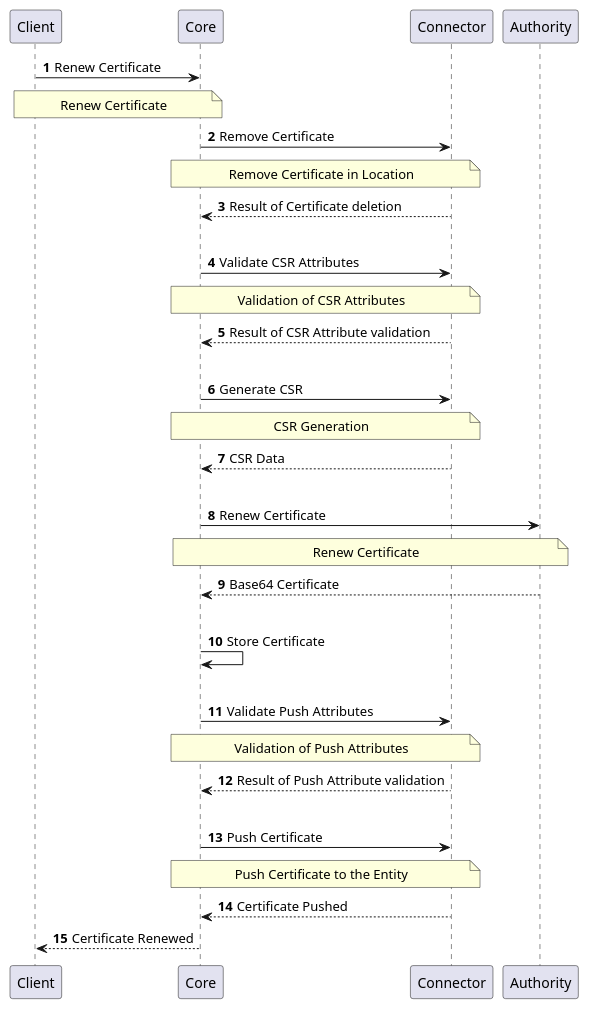
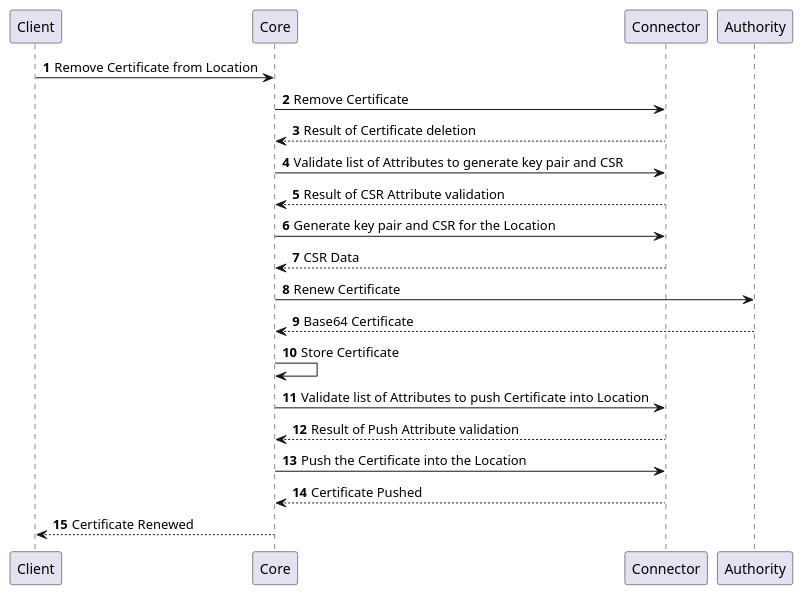
One commit to CZERTAINLY/CZERTAINLY-Documentation changed diagram 11 of 13 in docs/12-connectors/05-description/32-entity-provider.md. Above: the diagram before and after it, drawn with PlantUML. The commit also changed other lines of this file and 8 other files, not shown here.

First line of the commit message:
Update description of plantuml diagrams on the providers

````diff
--- a/docs/12-connectors/05-description/32-entity-provider.md
+++ b/docs/12-connectors/05-description/32-entity-provider.md
@@ -257,34 +199,21 @@
 ```plantuml
     @startuml
     autonumber
     skinparam topurl https://docs.czertainly.com/api/
-        Client -> Core [[core-location/#tag/Location-Management-API/operation/renewCertificateInLocation]]: Renew Certificate
-        note over Client,Core: Renew Certificate
+        Client -> Core [[core-location/#tag/Location-Management-API/operation/renewCertificateInLocation]]: Remove Certificate from Location
         Core -> Connector [[connector-entity-provider/#tag/Location-Operations-API/operation/removeCertificateFromLocation]]: Remove Certificate
-        note over Core,Connector: Remove Certificate in Location
         Connector --> Core: Result of Certificate deletion
-        |||
-        Core -> Connector [[connector-entity-provider/#tag/Location-Operations-API/operation/validateGenerateCsrAttributes]]: Validate CSR Attributes
-        note over Core,Connector: Validation of CSR Attributes
+        Core -> Connector [[connector-entity-provider/#tag/Location-Operations-API/operation/validateGenerateCsrAttributes]]: Validate list of Attributes to generate key pair and CSR
         Connector --> Core: Result of CSR Attribute validation
-        |||
-        Core -> Connector [[connector-entity-provider/#tag/Location-Operations-API/operation/generateCsrLocation]]: Generate CSR
-        note over Core,Connector: CSR Generation
+        Core -> Connector [[connector-entity-provider/#tag/Location-Operations-API/operation/generateCsrLocation]]: Generate key pair and CSR for the Location
         Connector --> Core: CSR Data
-        |||
         Core -> Authority [[connector-authority-provider-v2/#tag/Certificate-Management-API/operation/renewCertificate]]: Renew Certificate
-        note over Core,Authority: Renew Certificate
         Authority --> Core: Base64 Certificate
-        |||
         Core -> Core: Store Certificate
-        |||
-        Core -> Connector [[connector-entity-provider/#tag/Location-Operations-API/operation/validatePushCertificateAttributes]]: Validate Push Attributes
-        note over Core,Connector: Validation of Push Attributes
+        Core -> Connector [[connector-entity-provider/#tag/Location-Operations-API/operation/validatePushCertificateAttributes]]: Validate list of Attributes to push Certificate into Location
         Connector --> Core: Result of Push Attribute validation
-        |||
-        Core -> Connector [[connector-entity-provider/#tag/Location-Operations-API/operation/pushCertificateToLocation]]: Push Certificate
-        note over Core,Connector: Push Certificate to the Entity
+        Core -> Connector [[connector-entity-provider/#tag/Location-Operations-API/operation/pushCertificateToLocation]]: Push the Certificate into the Location
         Connector --> Core: Certificate Pushed
         Core --> Client: Certificate Renewed
     @enduml
 ```
````
